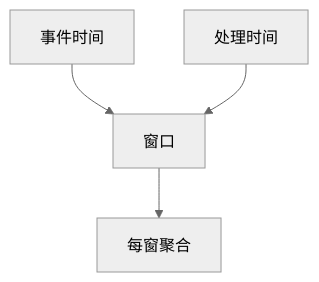
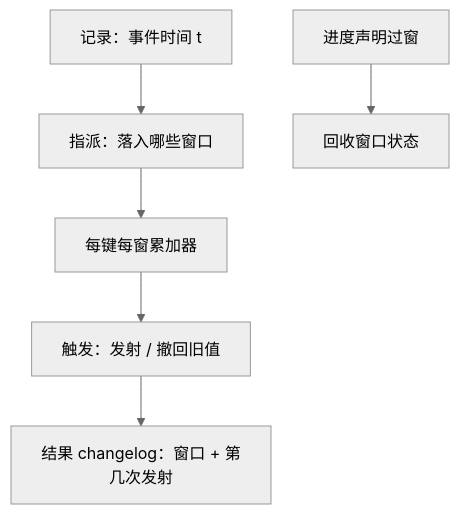
Before and after one commit to xhongduo-tech/xhongduo-tech.github.io: the diagram in docs/cs/stream-windows.md, drawn with Mermaid (neutral theme). The commit also changed other lines of this file and 1008 other files, not shown here.

````diff
--- a/docs/cs/stream-windows.md
+++ b/docs/cs/stream-windows.md
@@ -26,6 +26,8 @@
 ```mermaid
 flowchart TD
-  EVT["事件时间"] --> WIN["窗口"]
-  PROC["处理时间"] --> WIN
-  WIN --> AGG["每窗聚合"]
+  EVT["记录：事件时间 t"] --> ASG["指派：落入哪些窗口"]
+  ASG --> ACC["每键每窗累加器"]
+  ACC --> TRG["触发：发射 / 撤回旧值"]
+  TRG --> OUT["结果 changelog：窗口 + 第几次发射"]
+  GC["进度声明过窗"] --> EV["回收窗口状态"]
 ```
````
